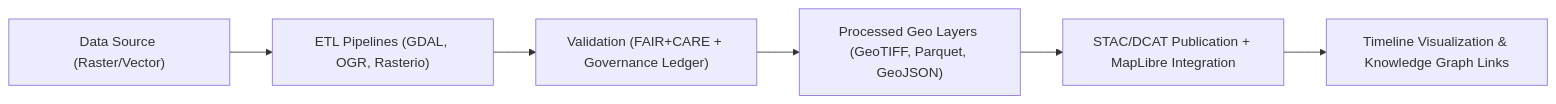
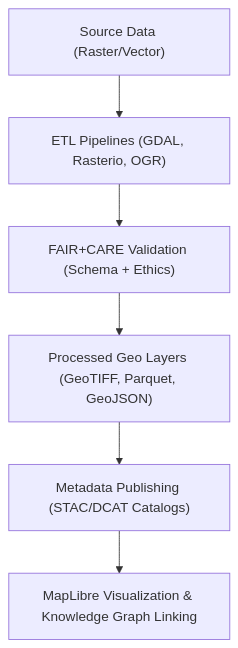
The first of 3 diagrams in docs/guides/geo/README.md (bartytime4life/Kansas-Frontier-Matrix), drawn with Mermaid before and after one commit. The commit also changed other lines of this file, not shown here.

````diff
--- a/docs/guides/geo/README.md
+++ b/docs/guides/geo/README.md
@@ -73,8 +77,8 @@
 ```mermaid
-flowchart LR
-A["Data Source (Raster/Vector)"] --> B["ETL Pipelines (GDAL, OGR, Rasterio)"]
-B --> C["Validation (FAIR+CARE + Governance Ledger)"]
+flowchart TD
+A["Source Data (Raster/Vector)"] --> B["ETL Pipelines (GDAL, Rasterio, OGR)"]
+B --> C["FAIR+CARE Validation (Schema + Ethics)"]
 C --> D["Processed Geo Layers (GeoTIFF, Parquet, GeoJSON)"]
-D --> E["STAC/DCAT Publication + MapLibre Integration"]
-E --> F["Timeline Visualization & Knowledge Graph Links"]
+D --> E["Metadata Publishing (STAC/DCAT Catalogs)"]
+E --> F["MapLibre Visualization & Knowledge Graph Linking"]
 ```
````
